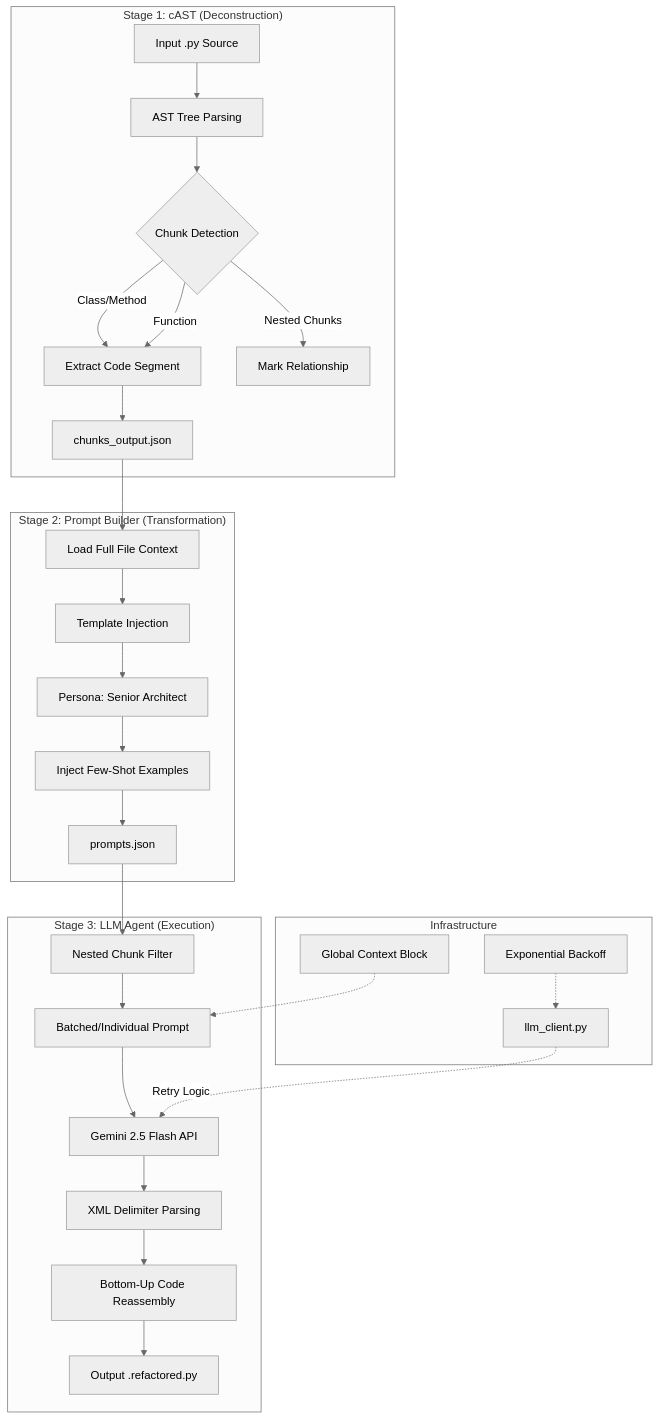
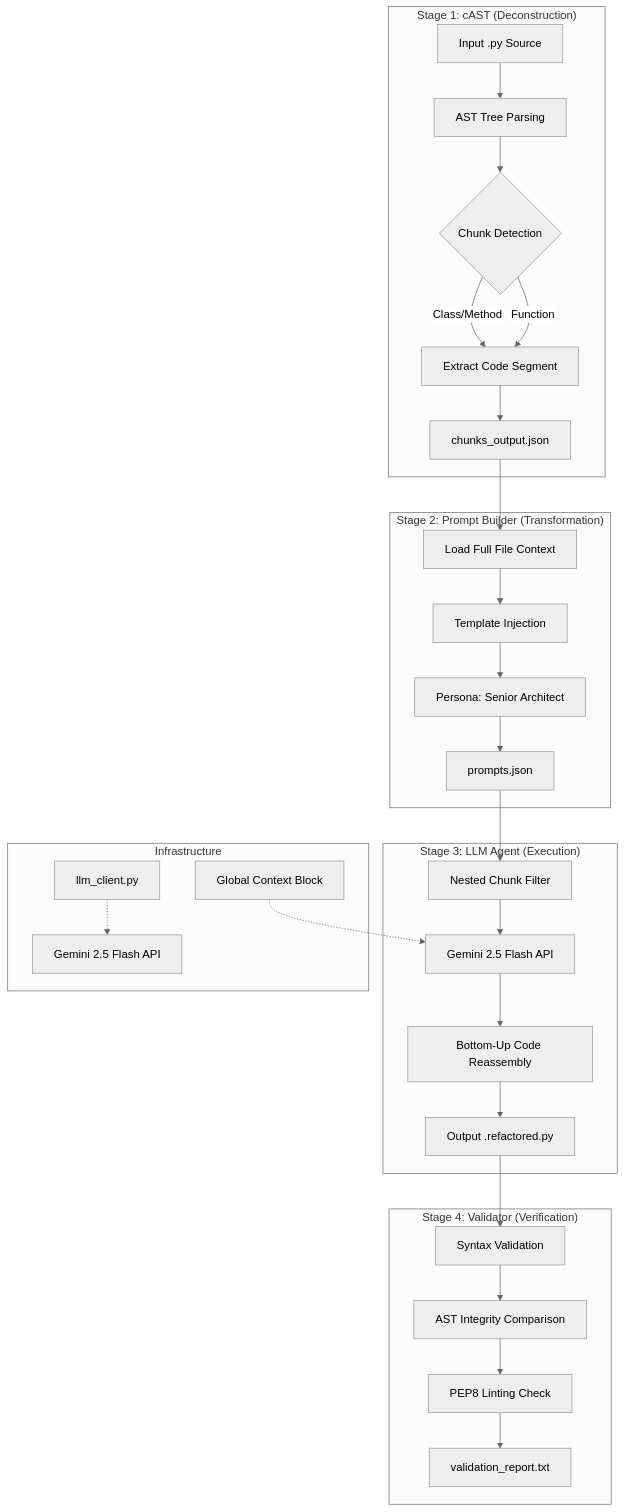
One commit to Developer-Sahil/ai-refactoring-pipeline changed the diagram in docs/SYSTEM_DESIGN.md. Above: the diagram before and after it, drawn with Mermaid (neutral theme). The commit also changed other lines of this file and 3 other files, not shown here.

Commit message:
Docs: Synchronized all project documentation with latest 4-stage architecture and structural changes

````diff
--- a/docs/SYSTEM_DESIGN.md
+++ b/docs/SYSTEM_DESIGN.md
@@ -5,34 +5,36 @@
 ```mermaid
 graph TD
     subgraph "Stage 1: cAST (Deconstruction)"
         A[Input .py Source] --> B[AST Tree Parsing]
         B --> C{Chunk Detection}
         C -->|Class/Method| D[Extract Code Segment]
         C -->|Function| D
-        C -->|Nested Chunks| E[Mark Relationship]
         D --> F[chunks_output.json]
     end
 
     subgraph "Stage 2: Prompt Builder (Transformation)"
         F --> G[Load Full File Context]
         G --> H[Template Injection]
         H --> I[Persona: Senior Architect]
-        I --> J[Inject Few-Shot Examples]
-        J --> K[prompts.json]
+        I --> K[prompts.json]
     end
 
     subgraph "Stage 3: LLM Agent (Execution)"
         K --> L[Nested Chunk Filter]
-        L --> M[Batched/Individual Prompt]
-        M --> N[Gemini 2.5 Flash API]
-        N --> O[XML Delimiter Parsing]
-        O --> P[Bottom-Up Code Reassembly]
+        L --> M[Gemini 2.5 Flash API]
+        M --> P[Bottom-Up Code Reassembly]
         P --> Q[Output .refactored.py]
     end
 
+    subgraph "Stage 4: Validator (Verification)"
+        Q --> V1[Syntax Validation]
+        V1 --> V2[AST Integrity Comparison]
+        V2 --> V3[PEP8 Linting Check]
+        V3 --> W[validation_report.txt]
+    end
+
     subgraph "Infrastructure"
-        R[llm_client.py] -.->|Retry Logic| N
-        S[Exponential Backoff] -.-> R
+        R[llm_client.py] -.-> N[Gemini 2.5 Flash API]
         T[Global Context Block] -.-> M
     end
 ```
````
